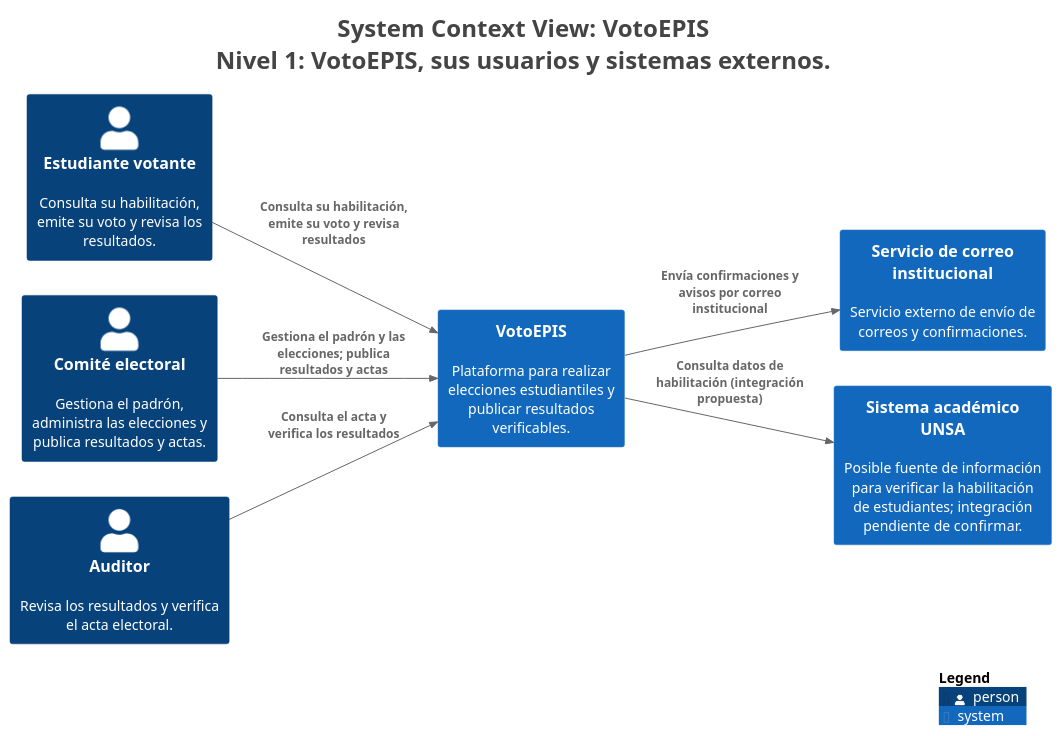
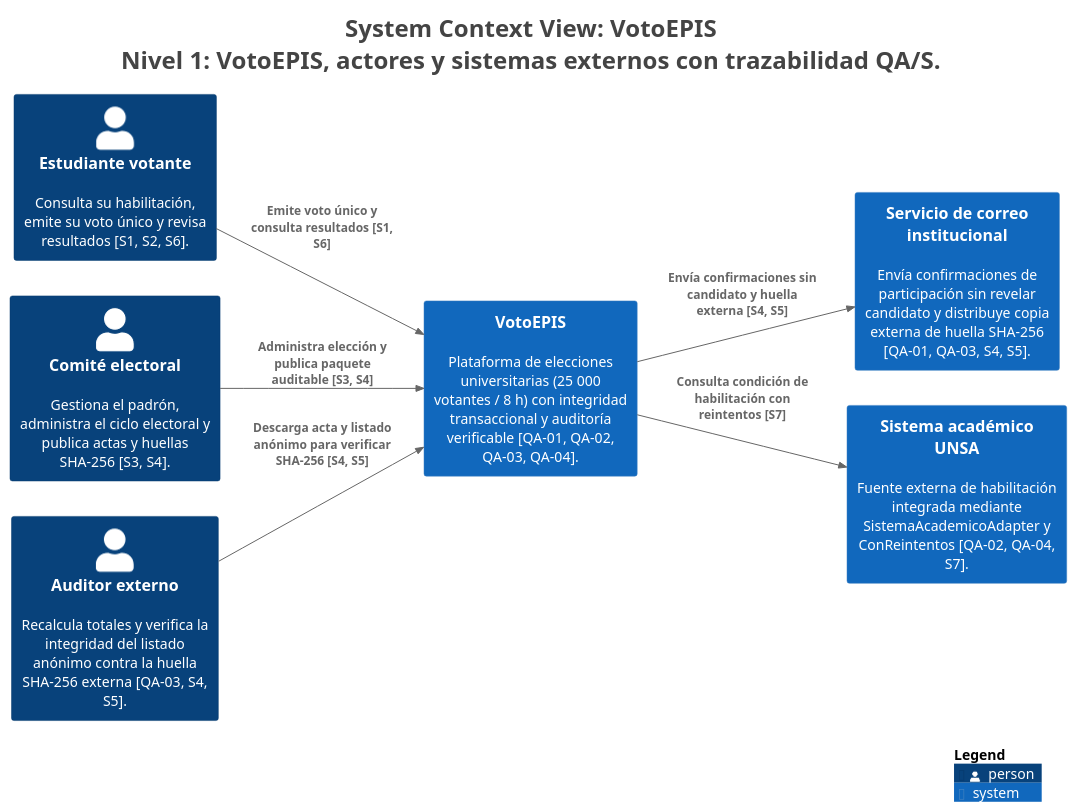
One commit to JoseMorocco/cs-2026b-lab04-grupo-b-votoepis changed the diagram in docs/architecture/c4/export/structurizr-Contexto.puml. Above: the diagram before and after it, drawn with PlantUML. The commit also changed 23 other files, not shown here.

Commit message:
E6: ADR-006 a ADR-008 y modelo C4 actualizado con trazabilidad

```diff
--- a/docs/architecture/c4/export/structurizr-Contexto.puml
+++ b/docs/architecture/c4/export/structurizr-Contexto.puml
@@ -1,32 +1,32 @@
 @startuml
-title <size:24>System Context View: VotoEPIS</size>\n<size:24>Nivel 1: VotoEPIS, sus usuarios y sistemas externos.</size>
+title <size:24>System Context View: VotoEPIS</size>\n<size:24>Nivel 1: VotoEPIS, actores y sistemas externos con trazabilidad QA/S.</size>
 
 set separator none
 left to right direction
 
 <style>
   root {
     BackgroundColor: #ffffff
     FontColor: #444444
   }
 </style>
 
 !include <C4/C4>
 !include <C4/C4_Context>
 
-Person(Estudiantevotante, "Estudiante votante", $descr="Consulta su habilitación, emite su voto y revisa los resultados.", $tags="", $link="")
-System(Serviciodecorreoinstitucional, "Servicio de correo institucional", $descr="Servicio externo de envío de correos y confirmaciones.", $tags="", $link="")
-System(SistemaacadémicoUNSA, "Sistema académico UNSA", $descr="Posible fuente de información para verificar la habilitación de estudiantes; integración pendiente de confirmar.", $tags="", $link="")
-Person(Comitéelectoral, "Comité electoral", $descr="Gestiona el padrón, administra las elecciones y publica resultados y actas.", $tags="", $link="")
-Person(Auditor, "Auditor", $descr="Revisa los resultados y verifica el acta electoral.", $tags="", $link="")
-System(VotoEPIS, "VotoEPIS", $descr="Plataforma para realizar elecciones estudiantiles y publicar resultados verificables.", $tags="", $link="")
+Person(Estudiantevotante, "Estudiante votante", $descr="Consulta su habilitación, emite su voto único y revisa resultados [S1, S2, S6].", $tags="", $link="")
+System(Serviciodecorreoinstitucional, "Servicio de correo institucional", $descr="Envía confirmaciones de participación sin revelar candidato y distribuye copia externa de huella SHA-256 [QA-01, QA-03, S4, S5].", $tags="", $link="")
+System(SistemaacadémicoUNSA, "Sistema académico UNSA", $descr="Fuente externa de habilitación integrada mediante SistemaAcademicoAdapter y ConReintentos [QA-02, QA-04, S7].", $tags="", $link="")
+Person(Comitéelectoral, "Comité electoral", $descr="Gestiona el padrón, administra el ciclo electoral y publica actas y huellas SHA-256 [S3, S4].", $tags="", $link="")
+Person(Auditorexterno, "Auditor externo", $descr="Recalcula totales y verifica la integridad del listado anónimo contra la huella SHA-256 externa [QA-03, S4, S5].", $tags="", $link="")
+System(VotoEPIS, "VotoEPIS", $descr="Plataforma de elecciones universitarias (25 000 votantes / 8 h) con integridad transaccional y auditoría verificable [QA-01, QA-02, QA-03, QA-04].", $tags="", $link="")
 
-Rel(Estudiantevotante, VotoEPIS, "Consulta su habilitación, emite su voto y revisa resultados", $techn="", $tags="", $link="")
-Rel(Comitéelectoral, VotoEPIS, "Gestiona el padrón y las elecciones; publica resultados y actas", $techn="", $tags="", $link="")
-Rel(Auditor, VotoEPIS, "Consulta el acta y verifica los resultados", $techn="", $tags="", $link="")
-Rel(VotoEPIS, Serviciodecorreoinstitucional, "Envía confirmaciones y avisos por correo institucional", $techn="", $tags="", $link="")
-Rel(VotoEPIS, SistemaacadémicoUNSA, "Consulta datos de habilitación (integración propuesta)", $techn="", $tags="", $link="")
+Rel(Estudiantevotante, VotoEPIS, "Emite voto único y consulta resultados [S1, S6]", $techn="", $tags="", $link="")
+Rel(Comitéelectoral, VotoEPIS, "Administra elección y publica paquete auditable [S3, S4]", $techn="", $tags="", $link="")
+Rel(Auditorexterno, VotoEPIS, "Descarga acta y listado anónimo para verificar SHA-256 [S4, S5]", $techn="", $tags="", $link="")
+Rel(VotoEPIS, Serviciodecorreoinstitucional, "Envía confirmaciones sin candidato y huella externa [S4, S5]", $techn="", $tags="", $link="")
+Rel(VotoEPIS, SistemaacadémicoUNSA, "Consulta condición de habilitación con reintentos [S7]", $techn="", $tags="", $link="")
 
 SHOW_LEGEND(true)
 hide stereotypes
 @enduml
```
